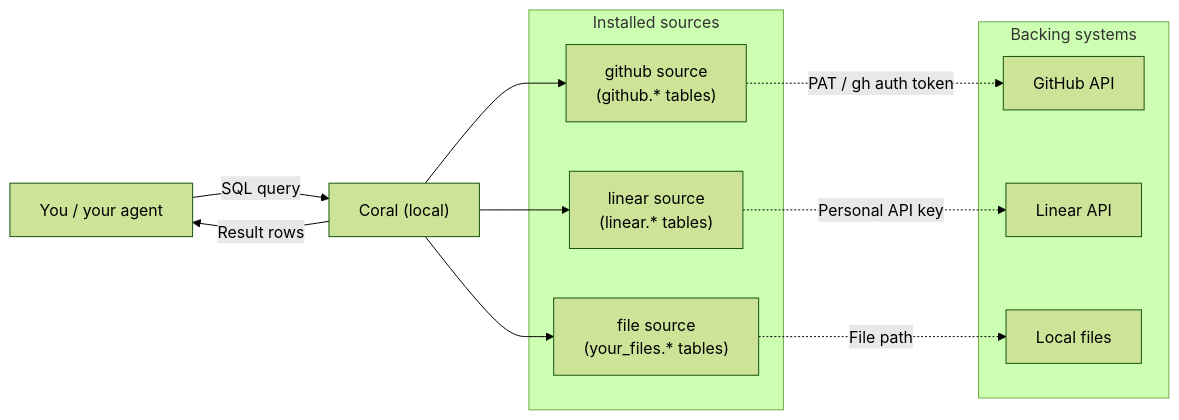
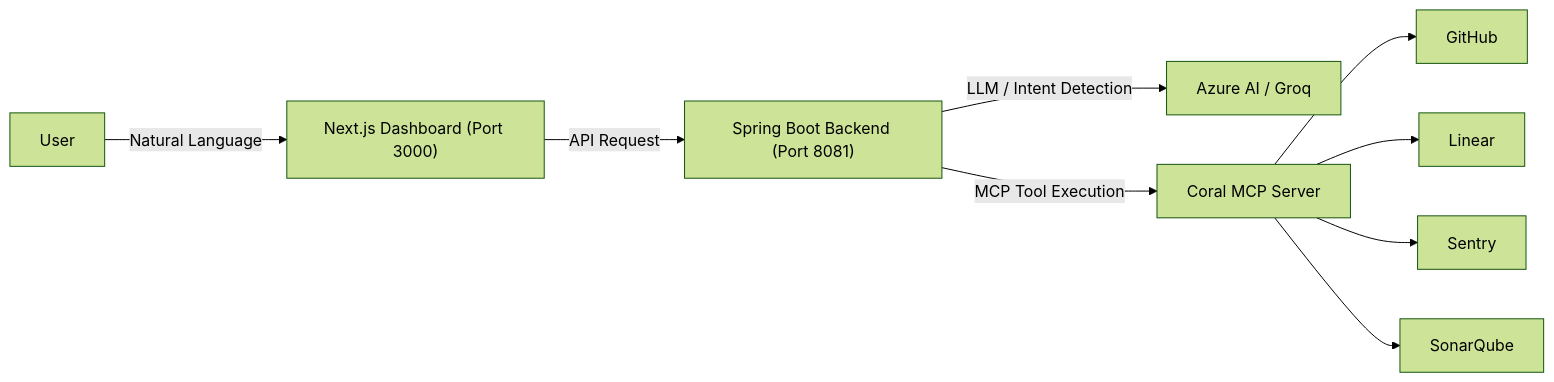
Before and after one commit to ravindhar1108/CoralOps---Enterprise-Agent: the diagram in readme.md, drawn with Mermaid (forest theme). The commit also changed other lines of this file and 5 other files, not shown here.

````diff
--- a/readme.md
+++ b/readme.md
@@ -56,25 +19,12 @@
 ```mermaid
 graph LR
-    Agent["You / your agent"] -->|SQL query| Coral["Coral (local)"]
-    Coral -->|Result rows| Agent
-
-    subgraph Sources["Installed sources"]
-        GH["github source<br/>(github.* tables)"]
-        LN["linear source<br/>(linear.* tables)"]
-        FS["file source<br/>(your_files.* tables)"]
-    end
-
-    Coral --> GH
-    Coral --> LN
-    Coral --> FS
-
-    subgraph Backing["Backing systems"]
-        GHAPI["GitHub API"]
-        LNAPI["Linear API"]
-        Disk["Local files"]
-    end
-
-    GH -.->|PAT / gh auth token| GHAPI
-    LN -.->|Personal API key| LNAPI
-    FS -.->|File path| Disk
+    User["User"] -->|Natural Language| Frontend["Next.js Dashboard (Port 3000)"]
+    Frontend -->|API Request| Backend["Spring Boot Backend (Port 8081)"]
+    Backend -->|LLM / Intent Detection| AI["Azure AI / Groq"]
+    Backend -->|MCP Tool Execution| Coral["Coral MCP Server"]
+    
+    Coral --> GH["GitHub"]
+    Coral --> LN["Linear"]
+    Coral --> ST["Sentry"]
+    Coral --> SQ["SonarQube"]
 ```
````
